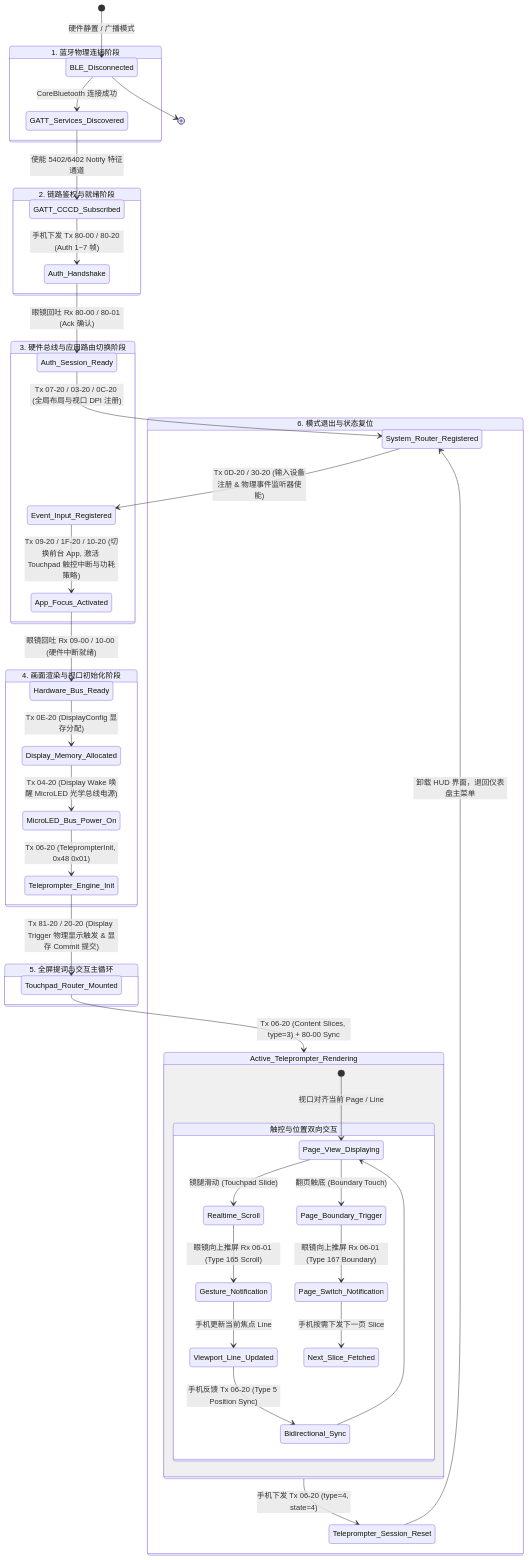
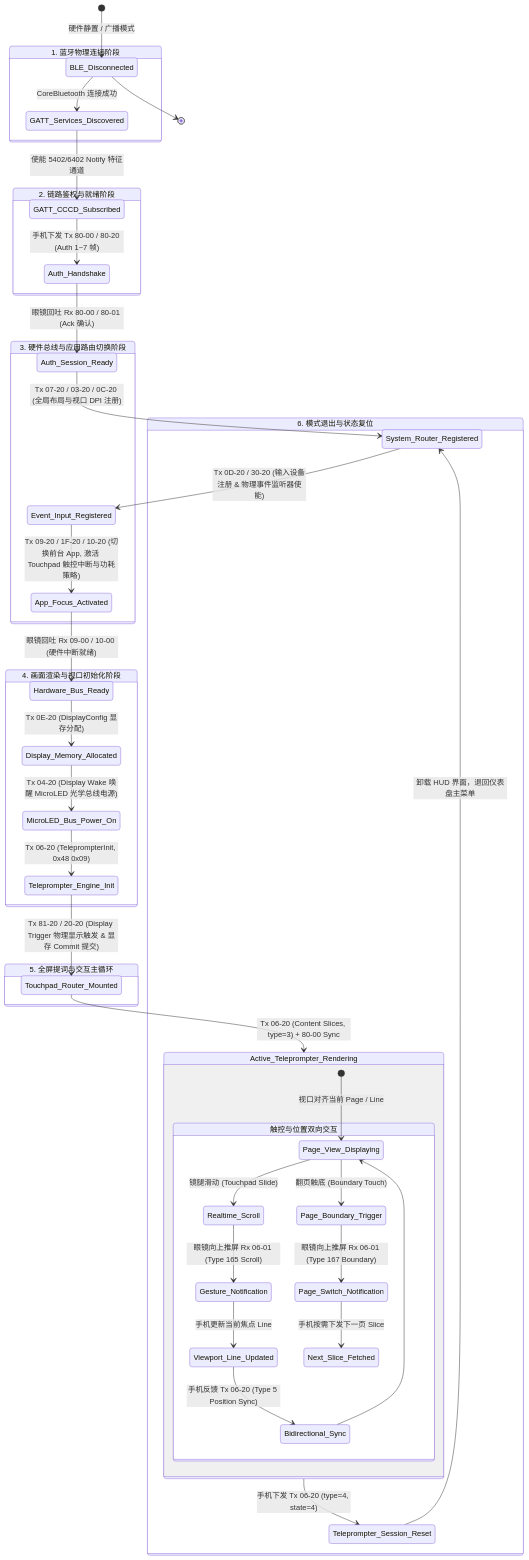
One commit to havvk/even-g2-smart-classroom changed the second of 4 diagrams in docs/g2_reverse_engineering.md. Above: the diagram before and after it, drawn with Mermaid. The commit also changed other lines of this file and 26 other files, not shown here.

````diff
--- a/docs/g2_reverse_engineering.md
+++ b/docs/g2_reverse_engineering.md
@@ -973,56 +987,56 @@
 ```mermaid
 stateDiagram-v2
     [*] --> BLE_Disconnected : 硬件静置 / 广播模式
 
     state "1. 蓝牙物理连接阶段" as Stage1 {
         BLE_Disconnected --> GATT_Services_Discovered : CoreBluetooth 连接成功
         GATT_Services_Discovered --> GATT_CCCD_Subscribed : 使能 5402/6402 Notify 特征通道
     }
 
     state "2. 链路鉴权与就绪阶段" as Stage2 {
         GATT_CCCD_Subscribed --> Auth_Handshake : 手机下发 Tx 80-00 / 80-20 (Auth 1~7 帧)
         Auth_Handshake --> Auth_Session_Ready : 眼镜回吐 Rx 80-00 / 80-01 (Ack 确认)
     }
 
     state "3. 硬件总线与应用路由切换阶段" as Stage3 {
         Auth_Session_Ready --> System_Router_Registered : Tx 07-20 / 03-20 / 0C-20 (全局布局与视口 DPI 注册)
         System_Router_Registered --> Event_Input_Registered : Tx 0D-20 / 30-20 (输入设备注册 & 物理事件监听器使能)
         Event_Input_Registered --> App_Focus_Activated : Tx 09-20 / 1F-20 / 10-20 (切换前台 App, 激活 Touchpad 触控中断与功耗策略)
         App_Focus_Activated --> Hardware_Bus_Ready : 眼镜回吐 Rx 09-00 / 10-00 (硬件中断就绪)
     }
 
     state "4. 画面渲染与视口初始化阶段" as Stage4 {
         Hardware_Bus_Ready --> Display_Memory_Allocated : Tx 0E-20 (DisplayConfig 显存分配)
         Display_Memory_Allocated --> MicroLED_Bus_Power_On : Tx 04-20 (Display Wake 唤醒 MicroLED 光学总线电源)
-        MicroLED_Bus_Power_On --> Teleprompter_Engine_Init : Tx 06-20 (TeleprompterInit, 0x48 0x01)
+        MicroLED_Bus_Power_On --> Teleprompter_Engine_Init : Tx 06-20 (TeleprompterInit, 0x48 0x09)
         Teleprompter_Engine_Init --> Touchpad_Router_Mounted : Tx 81-20 / 20-20 (Display Trigger 物理显示触发 & 显存 Commit 提交)
     }
 
     state "5. 全屏提词与交互主循环" as Stage5 {
         Touchpad_Router_Mounted --> Active_Teleprompter_Rendering : Tx 06-20 (Content Slices, type=3) + 80-00 Sync
         
         state Active_Teleprompter_Rendering {
             [*] --> Page_View_Displaying : 视口对齐当前 Page / Line
             
             state "触控与位置双向交互" as TouchInteraction {
                 Page_View_Displaying --> Realtime_Scroll : 镜腿滑动 (Touchpad Slide)
                 Realtime_Scroll --> Gesture_Notification : 眼镜向上推屏 Rx 06-01 (Type 165 Scroll)
                 Gesture_Notification --> Viewport_Line_Updated : 手机更新当前焦点 Line
                 
                 Page_View_Displaying --> Page_Boundary_Trigger : 翻页触底 (Boundary Touch)
                 Page_Boundary_Trigger --> Page_Switch_Notification : 眼镜向上推屏 Rx 06-01 (Type 167 Boundary)
                 Page_Switch_Notification --> Next_Slice_Fetched : 手机按需下发下一页 Slice
                 
                 Viewport_Line_Updated --> Bidirectional_Sync : 手机反馈 Tx 06-20 (Type 5 Position Sync)
                 Bidirectional_Sync --> Page_View_Displaying
             }
         }
     }
 
     state "6. 模式退出与状态复位" as Stage6 {
         Active_Teleprompter_Rendering --> Teleprompter_Session_Reset : 手机下发 Tx 06-20 (type=4, state=4)
         Teleprompter_Session_Reset --> System_Router_Registered : 卸载 HUD 界面，退回仪表盘主菜单
     }
 
     BLE_Disconnected --> [*]
 ```
````
